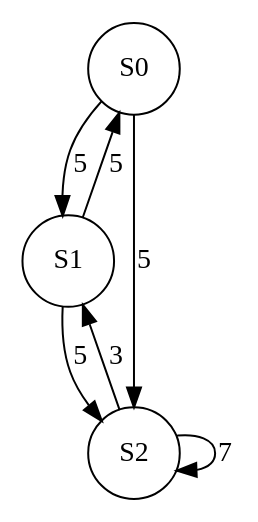
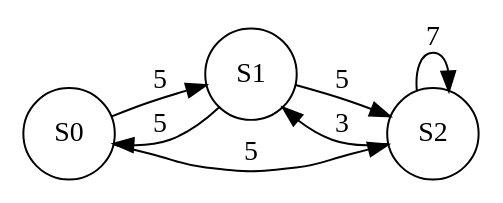
One commit to Leo2999/mpar-projet changed the diagram in Markov.gv. Above: the diagram before and after it, drawn with Graphviz. The commit also changed 6 other files, not shown here.

```diff
--- a/Markov.gv
+++ b/Markov.gv
@@ -1,13 +1,13 @@
 digraph Markov {
-	rankdir=M size="8,5"
+	rankdir=LR size="8,5"
 	node [shape=circle]
 	S0
 	S1
 	S2
 	S0 -> S1 [label=5]
 	S0 -> S2 [label=5]
 	S1 -> S0 [label=5]
 	S1 -> S2 [label=5]
 	S2 -> S2 [label=7]
 	S2 -> S1 [label=3]
 }
```
